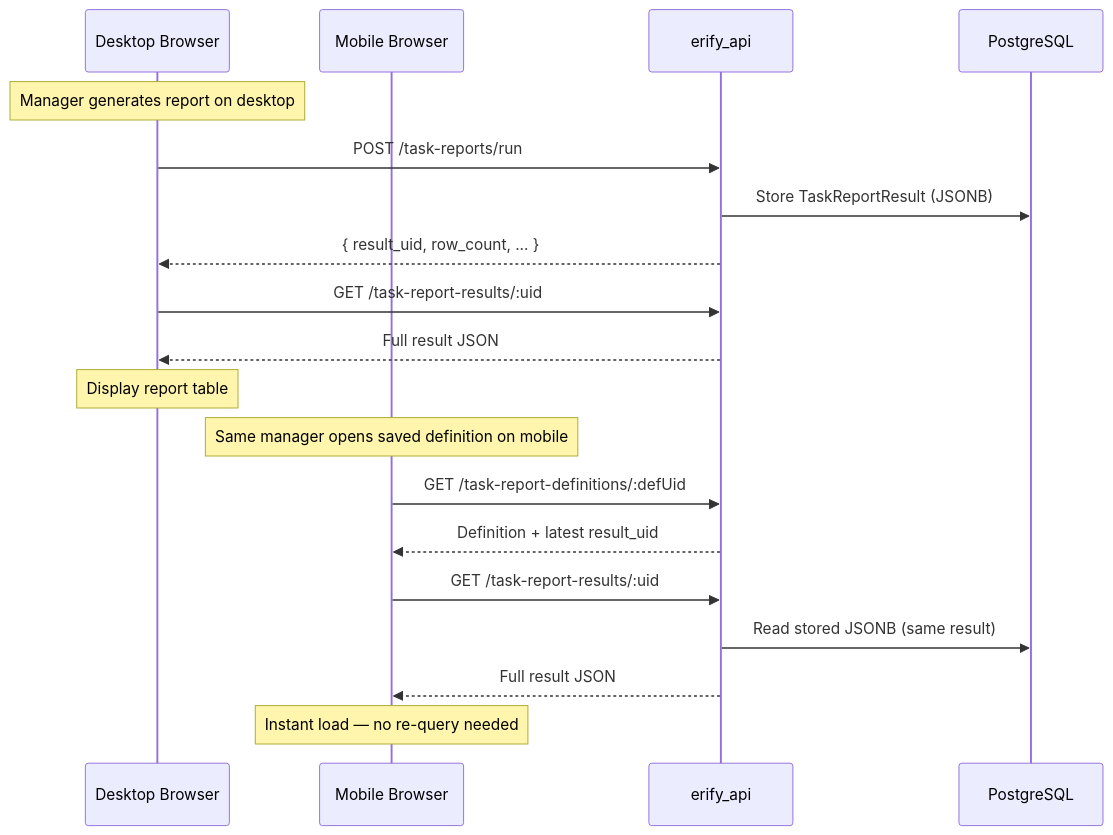
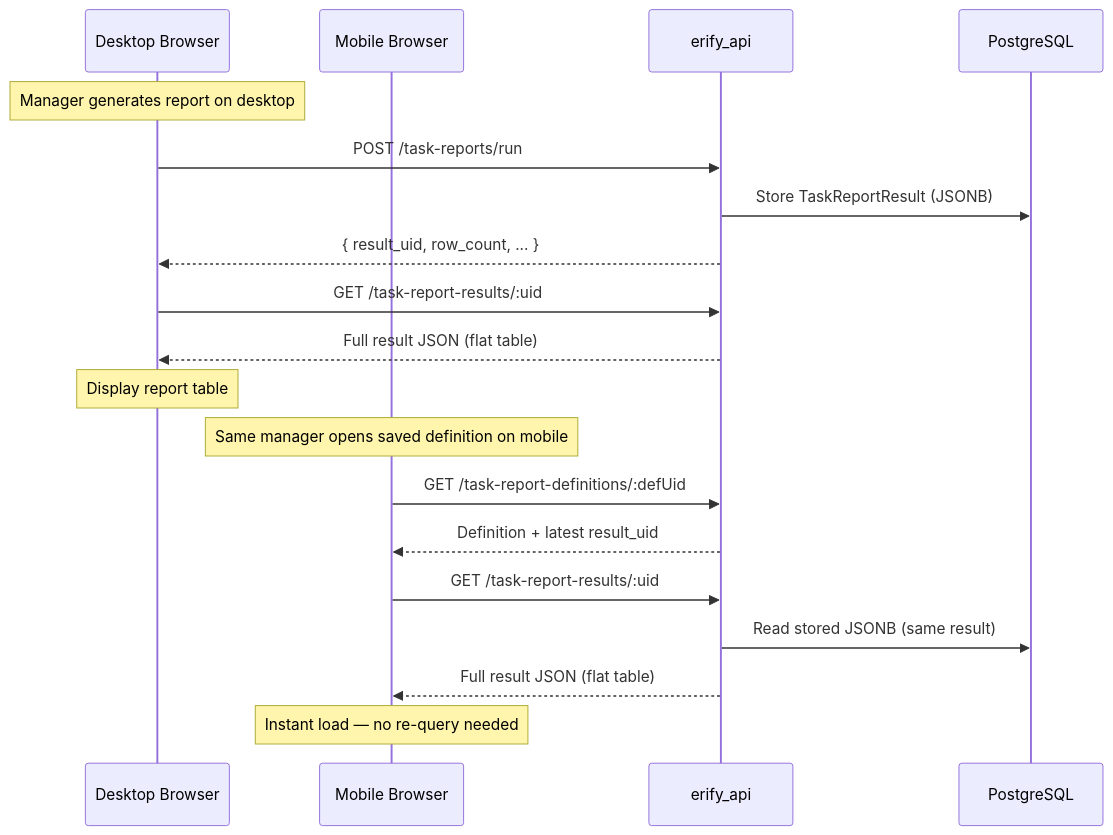
One commit to allenlin90/eridu-services changed the third of 4 diagrams in apps/erify_api/docs/design/TASK_SUBMISSION_REPORTING_DESIGN.md. Above: the diagram before and after it, drawn with Mermaid. The commit also changed other lines of this file and 5 other files, not shown here.

First line of the commit message:
docs(task-submission-reporting): align all docs to show-first workflow and flat table result

````diff
--- a/apps/erify_api/docs/design/TASK_SUBMISSION_REPORTING_DESIGN.md
+++ b/apps/erify_api/docs/design/TASK_SUBMISSION_REPORTING_DESIGN.md
@@ -559,23 +596,23 @@
 ```mermaid
 sequenceDiagram
     participant D1 as Desktop Browser
     participant D2 as Mobile Browser
     participant API as erify_api
     participant DB as PostgreSQL
 
     Note over D1: Manager generates report on desktop
     D1->>API: POST /task-reports/run
     API->>DB: Store TaskReportResult (JSONB)
     API-->>D1: { result_uid, row_count, ... }
     D1->>API: GET /task-report-results/:uid
-    API-->>D1: Full result JSON
+    API-->>D1: Full result JSON (flat table)
     Note over D1: Display report table
 
     Note over D2: Same manager opens saved definition on mobile
     D2->>API: GET /task-report-definitions/:defUid
     API-->>D2: Definition + latest result_uid
     D2->>API: GET /task-report-results/:uid
     API->>DB: Read stored JSONB (same result)
-    API-->>D2: Full result JSON
+    API-->>D2: Full result JSON (flat table)
     Note over D2: Instant load — no re-query needed
 ```
````
